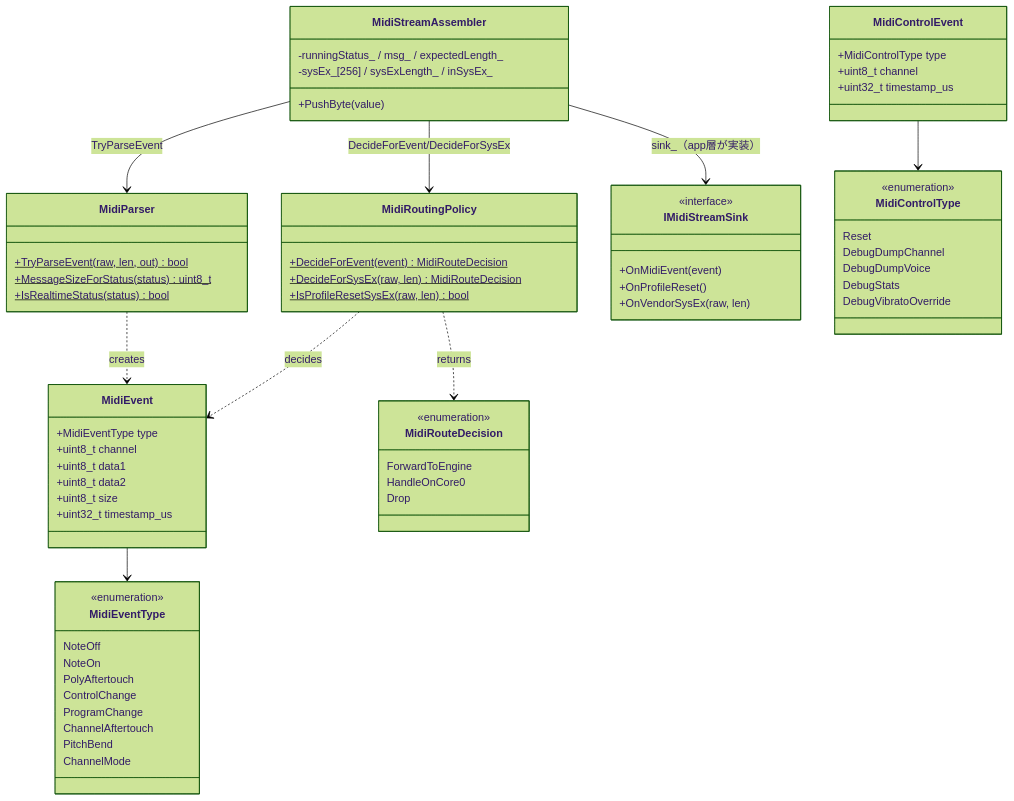
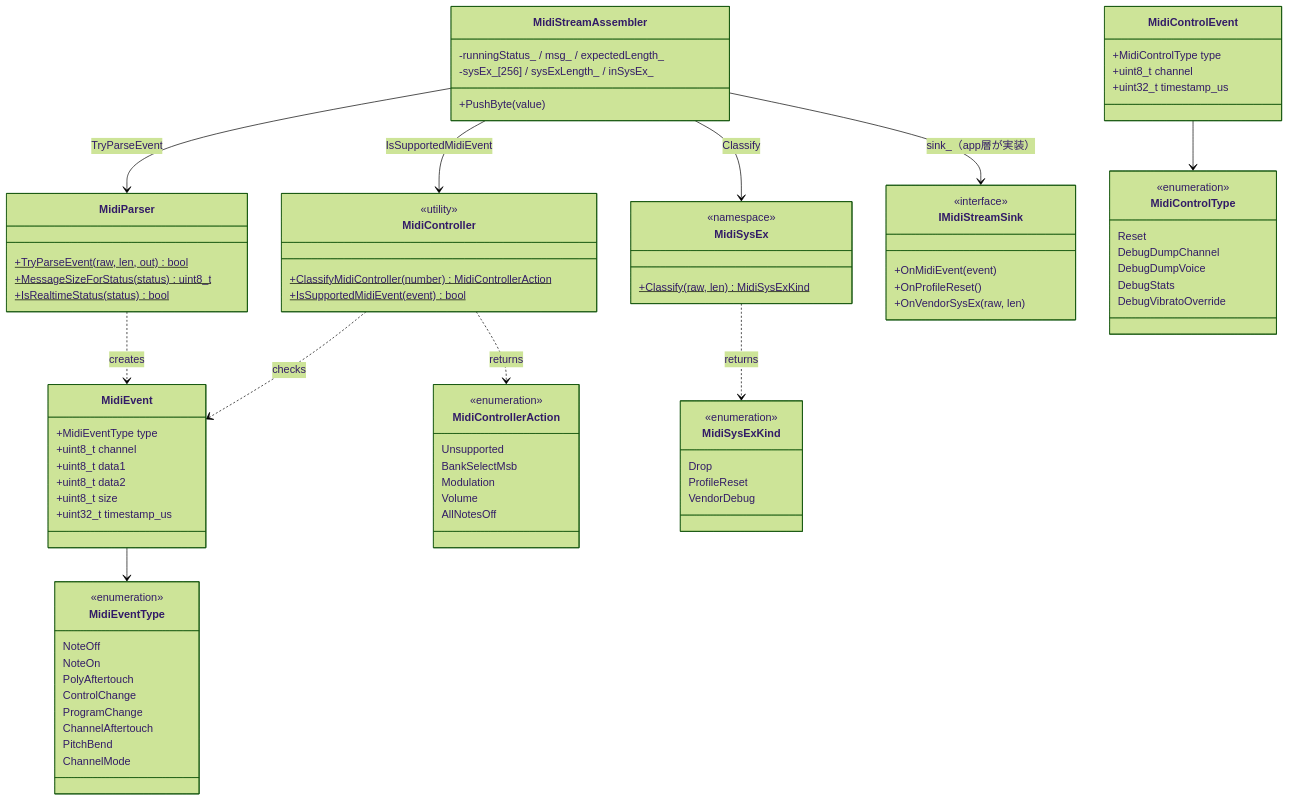
One commit to 46nori/FMSynthEnsembleV3 changed the diagram in doc/domain/domain_midi.md. Above: the diagram before and after it, drawn with Mermaid (forest theme). The commit also changed other lines of this file and 30 other files, not shown here.

````diff
--- a/doc/domain/domain_midi.md
+++ b/doc/domain/domain_midi.md
@@ -31,17 +31,31 @@
         +IsRealtimeStatus(status) bool$
     }
 
-    class MidiRouteDecision {
+    class MidiControllerAction {
         <<enumeration>>
-        ForwardToEngine
-        HandleOnCore0
-        Drop
+        Unsupported
+        BankSelectMsb
+        Modulation
+        Volume
+        AllNotesOff
     }
 
-    class MidiRoutingPolicy {
-        +DecideForEvent(event) MidiRouteDecision$
-        +DecideForSysEx(raw, len) MidiRouteDecision$
-        +IsProfileResetSysEx(raw, len) bool$
+    class MidiController {
+        <<utility>>
+        +ClassifyMidiController(number) MidiControllerAction$
+        +IsSupportedMidiEvent(event) bool$
+    }
+
+    class MidiSysExKind {
+        <<enumeration>>
+        Drop
+        ProfileReset
+        VendorDebug
+    }
+
+    class MidiSysEx {
+        <<namespace>>
+        +Classify(raw, len) MidiSysExKind$
     }
 
     class MidiControlType {
@@ -75,9 +89,11 @@
     MidiEvent --> MidiEventType
     MidiControlEvent --> MidiControlType
     MidiParser ..> MidiEvent : creates
-    MidiRoutingPolicy ..> MidiEvent : decides
-    MidiRoutingPolicy ..> MidiRouteDecision : returns
+    MidiController ..> MidiEvent : checks
+    MidiController ..> MidiControllerAction : returns
+    MidiSysEx ..> MidiSysExKind : returns
     MidiStreamAssembler --> MidiParser : TryParseEvent
-    MidiStreamAssembler --> MidiRoutingPolicy : DecideForEvent/DecideForSysEx
+    MidiStreamAssembler --> MidiController : IsSupportedMidiEvent
+    MidiStreamAssembler --> MidiSysEx : Classify
     MidiStreamAssembler --> IMidiStreamSink : sink_（app層が実装）
 ```
````
